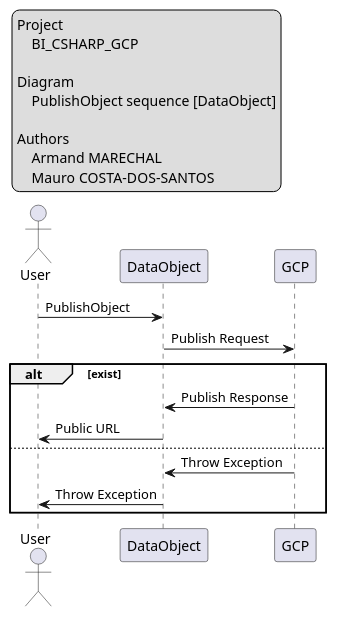
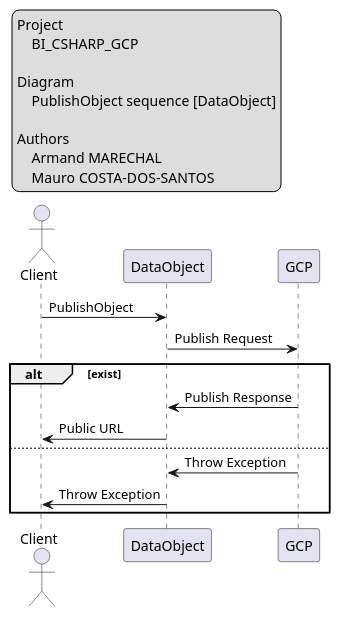
One commit to CPNV-ES-BI/BI_CSHARP_GCP changed the diagram in doc/sequences/publish.puml. Above: the diagram before and after it, drawn with PlantUML. The commit also changed 2 other files, not shown here.

```diff
--- a/doc/sequences/publish.puml
+++ b/doc/sequences/publish.puml
@@ -1,30 +1,30 @@
 @startuml PublishObject
 
 legend top left
     Project
         BI_CSHARP_GCP
 
     Diagram
         PublishObject sequence [DataObject]
 
     Authors
         Armand MARECHAL
         Mauro COSTA-DOS-SANTOS 
 endlegend
 
-actor User
+actor Client
 
 participant "DataObject" as App
 participant "GCP" as GCP
 
-User -> App: PublishObject
+Client -> App: PublishObject
 App -> GCP: Publish Request
 
 alt exist
     GCP -> App: Publish Response
-    App -> User: Public URL
+    App -> Client: Public URL
 else
     GCP -> App: Throw Exception
-    App -> User: Throw Exception
+    App -> Client: Throw Exception
 end
 @enduml
```
